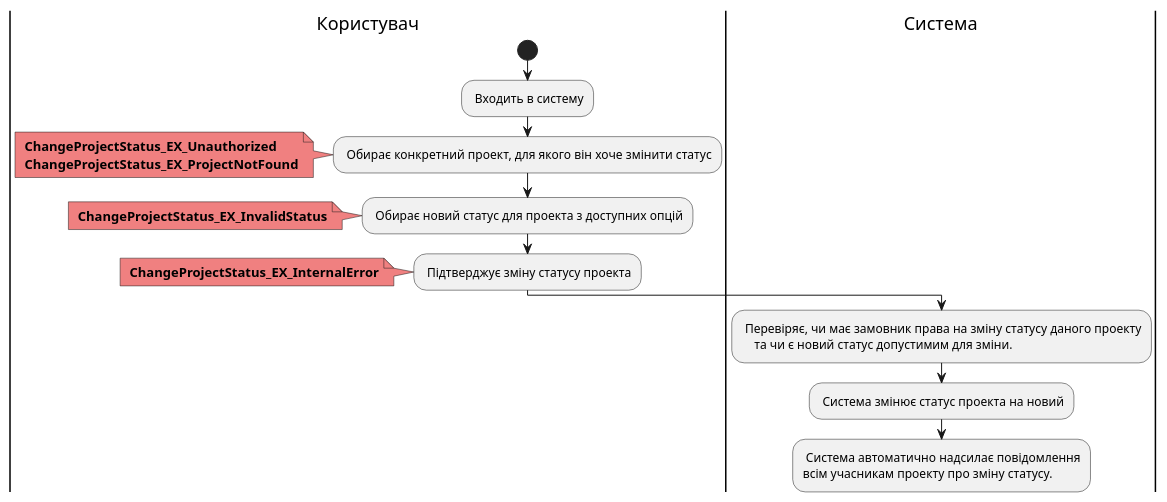
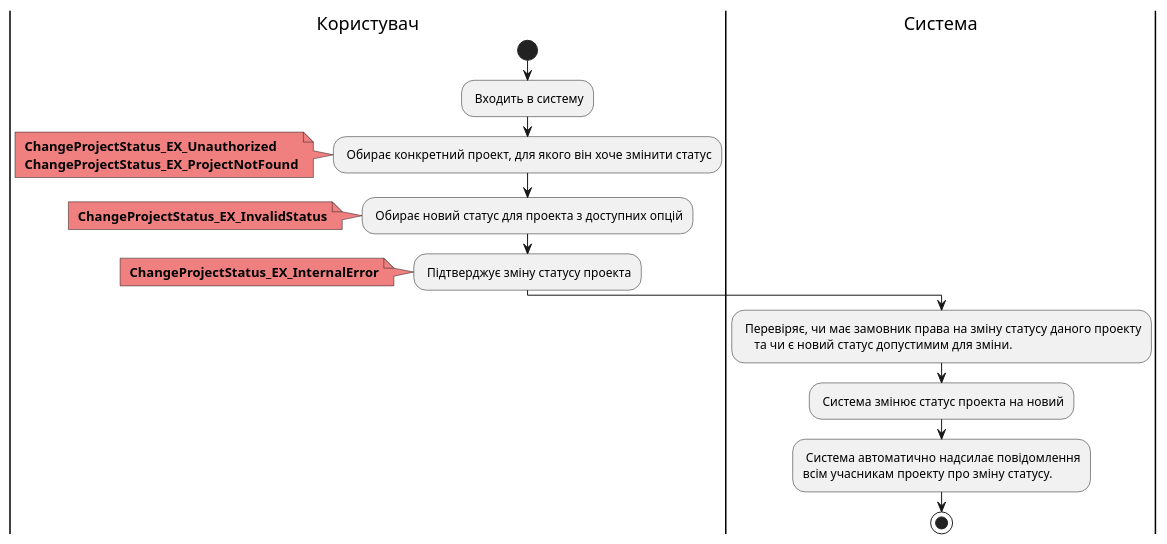
The fifth of 8 diagrams in docs/use cases/README.md (edu-db/edu_db_labs), drawn with PlantUML before and after one commit. The commit also changed other lines of this file, not shown here.

```diff
--- a/docs/use cases/README.md
+++ b/docs/use cases/README.md
@@ -166,35 +165,36 @@
 @startuml
 
     |Користувач|
     start;
     : Входить в систему;
 
     |Користувач|
     : Обирає конкретний проект, для якого він хоче змінити статус;
     note left #F08080
     <b> ChangeProjectStatus_EX_Unauthorized
     <b> ChangeProjectStatus_EX_ProjectNotFound
     end note
 
     |Користувач|
     : Обирає новий статус для проекта з доступних опцій;
     note left #F08080
     <b> ChangeProjectStatus_EX_InvalidStatus
     end note
 
     |Користувач|
     : Підтверджує зміну статусу проекта;
     note left #F08080
     <b> ChangeProjectStatus_EX_InternalError
     end note
 
     |Система|
     : Перевіряє, чи має замовник права на зміну статусу даного проекту
         та чи є новий статус допустимим для зміни.;
 
     : Система змінює статус проекта на новий;
 
     : Система автоматично надсилає повідомлення
     всім учасникам проекту про зміну статусу.;
+    stop;
 
-    @enduml
+@enduml
```
